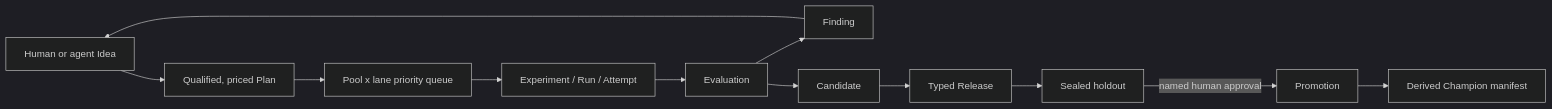
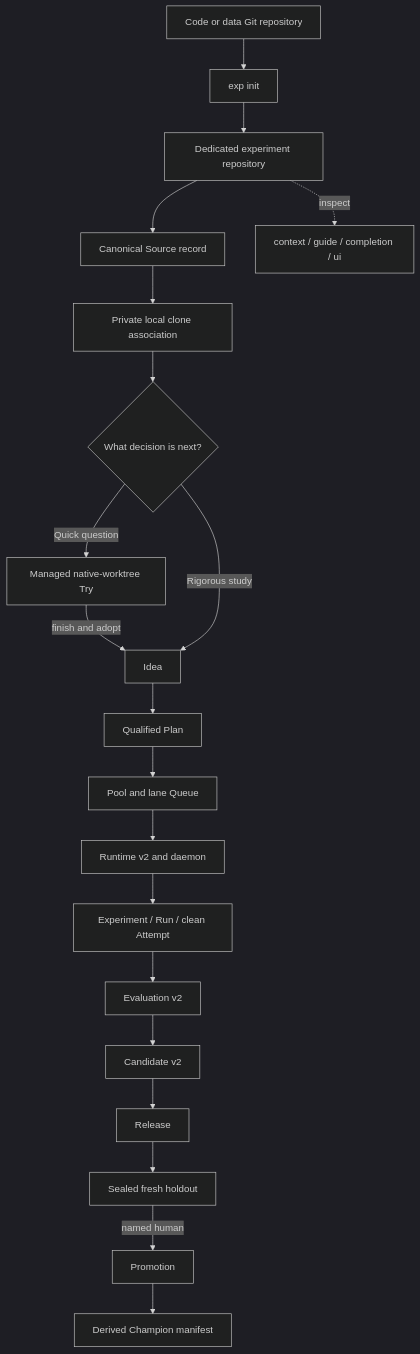
One commit to daviddwlee84/exp-cli changed the first of 3 diagrams in README.md. Above: the diagram before and after it, drawn with Mermaid (dark theme). The commit also changed other lines of this file and 262 other files, not shown here.

````diff
--- a/README.md
+++ b/README.md
@@ -17,14 +27,22 @@
 ```mermaid
-flowchart LR
-  I[Human or agent Idea] --> P[Qualified, priced Plan]
-  P --> Q[Pool x lane priority queue]
-  Q --> X[Experiment / Run / Attempt]
-  X --> E[Evaluation]
-  E --> F[Finding]
-  F --> I
-  E --> C[Candidate]
-  C --> R[Typed Release]
-  R --> H[Sealed holdout]
-  H -->|named human approval| M[Promotion]
+flowchart TD
+  A[Code or data Git repository] --> B[exp init]
+  B --> C[Dedicated experiment repository]
+  C --> D[Canonical Source record]
+  D --> E[Private local clone association]
+  E --> F{What decision is next?}
+  F -->|Quick question| T[Managed native-worktree Try]
+  T -->|finish and adopt| I[Idea]
+  F -->|Rigorous study| I
+  I --> P[Qualified Plan]
+  P --> Q[Pool and lane Queue]
+  Q --> X[Runtime v2 and daemon]
+  X --> R[Experiment / Run / clean Attempt]
+  R --> V[Evaluation v2]
+  V --> K[Candidate v2]
+  K --> L[Release]
+  L --> H[Sealed fresh holdout]
+  H -->|named human| M[Promotion]
   M --> G[Derived Champion manifest]
+  C -. inspect .-> U[context / guide / completion / ui]
 ```
````
